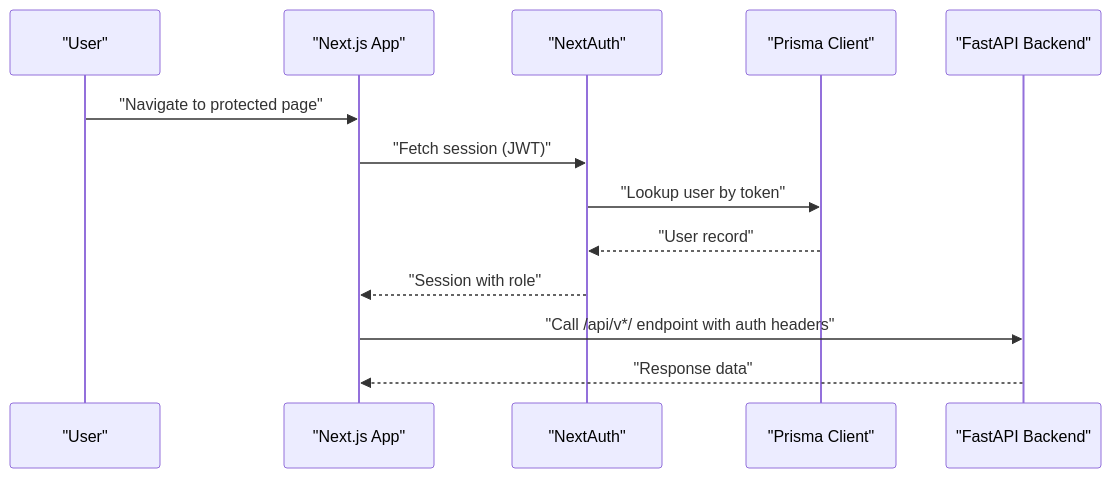
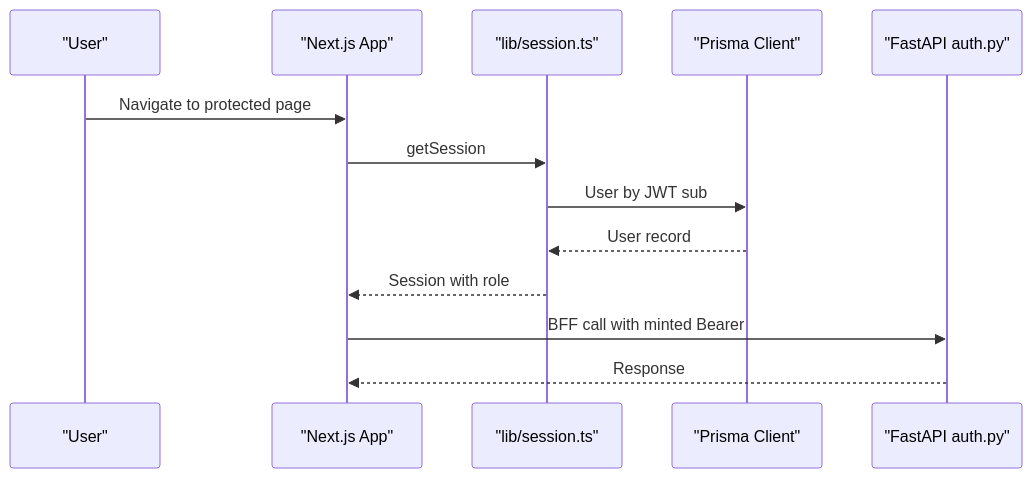
Before and after one commit to tashifkhan/tashif.codes: the third of 8 diagrams in src/data/docs/talentsync/Architecture Overview/Architecture Overview.md, drawn with Mermaid. The commit also changed other lines of this file and 2128 other files, not shown here.

First line of the commit message:
docs: replace raster diagram images with native Mermaid across project guides

````diff
--- a/src/data/docs/talentsync/Architecture Overview/Architecture Overview.md
+++ b/src/data/docs/talentsync/Architecture Overview/Architecture Overview.md
@@ -81,15 +76,15 @@
 ```mermaid
 sequenceDiagram
 participant U as "User"
 participant FE as "Next.js App"
-participant NA as "NextAuth"
+participant SESS as "lib/session.ts"
 participant PR as "Prisma Client"
-participant BE as "FastAPI Backend"
-U->>FE : "Navigate to protected page"
-FE->>NA : "Fetch session (JWT)"
-NA->>PR : "Lookup user by token"
-PR-->>NA : "User record"
-NA-->>FE : "Session with role"
-FE->>BE : "Call /api/v*/ endpoint with auth headers"
-BE-->>FE : "Response data"
+participant BE as "FastAPI auth.py"
+U->>FE : Navigate to protected page
+FE->>SESS : getSession
+SESS->>PR : User by JWT sub
+PR-->>SESS : User record
+SESS-->>FE : Session with role
+FE->>BE : BFF call with minted Bearer
+BE-->>FE : Response
 ```
````
